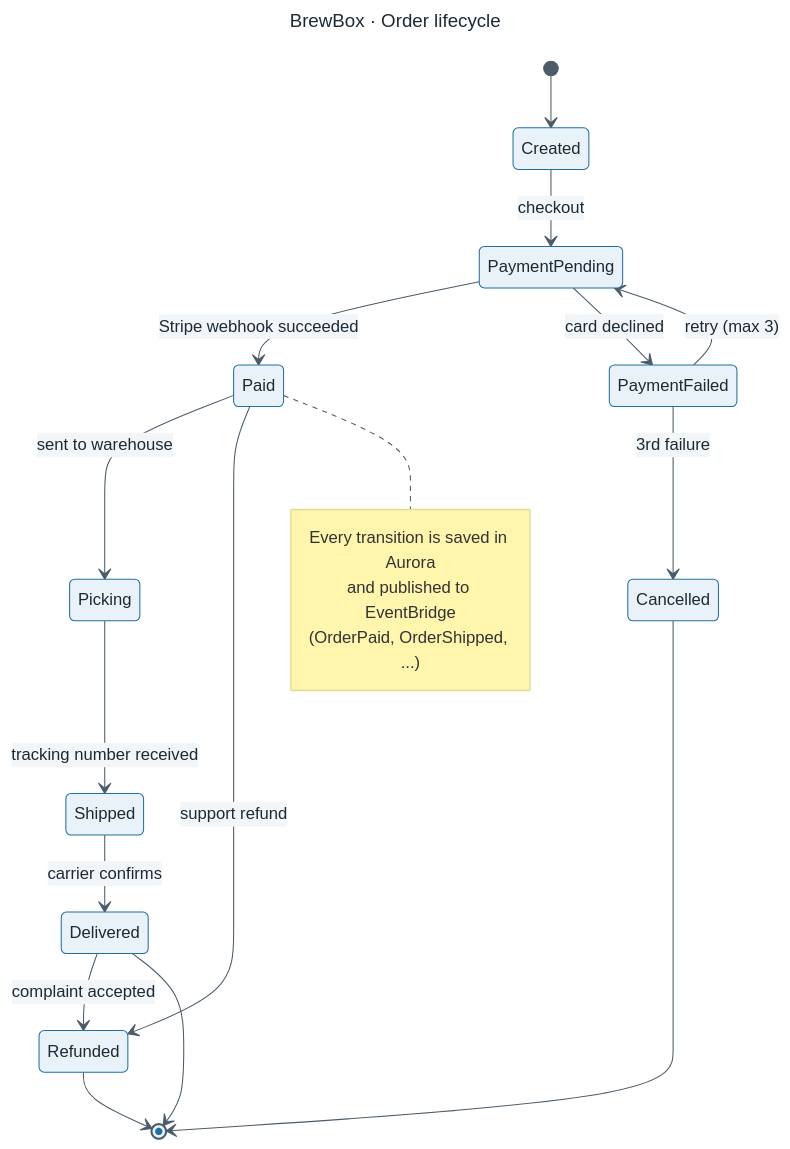
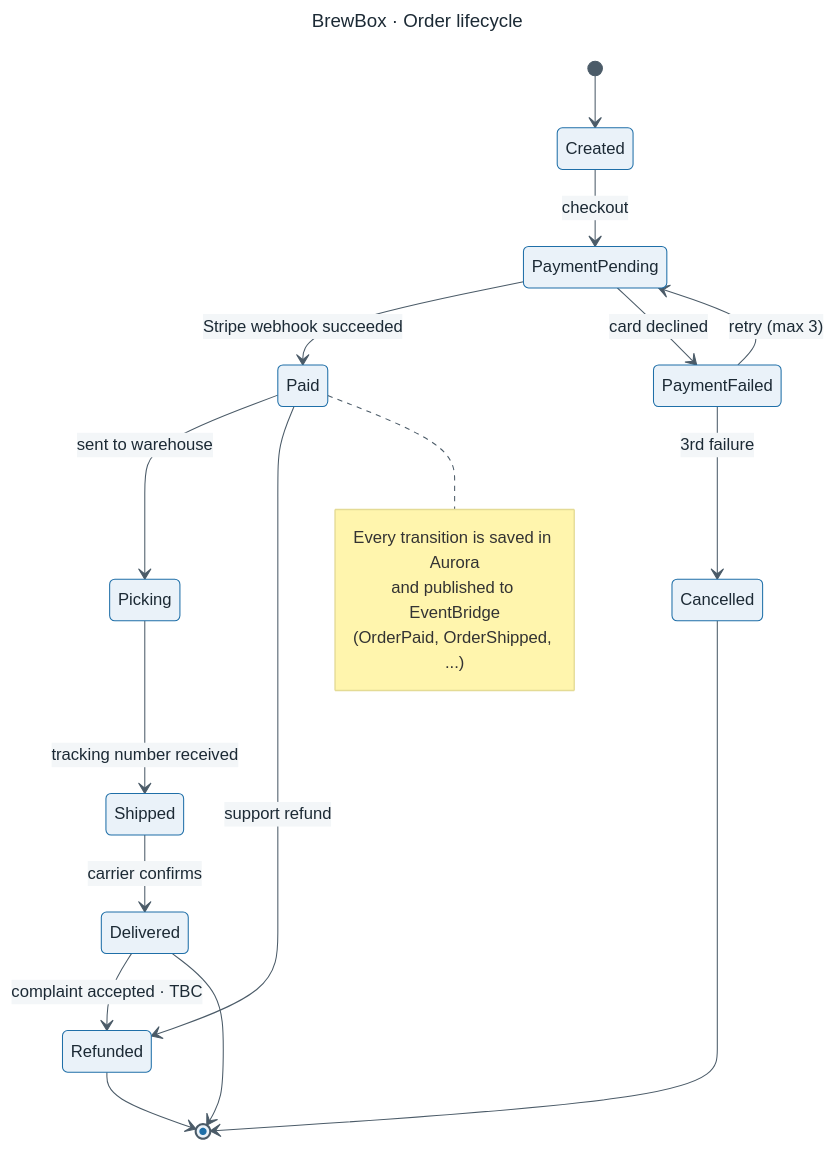
The diagram in examples/brewbox/diagrams/state--brewbox--order.mmd (ihor-romanchuk/arch-diagram-kit), drawn with Mermaid before and after one commit. The commit also changed 23 other files, not shown here.

```diff
--- a/examples/brewbox/diagrams/state--brewbox--order.mmd
+++ b/examples/brewbox/diagrams/state--brewbox--order.mmd
@@ -1,43 +1,43 @@
 ---
 title: BrewBox · Order lifecycle
 config:
   theme: base
   fontFamily: "Arial, Helvetica, sans-serif"
   themeVariables:
     fontFamily: "Arial, Helvetica, sans-serif"
     primaryColor: "#EAF2F9"
     primaryBorderColor: "#1F6FA8"
     primaryTextColor: "#1C2A35"
     lineColor: "#4B5B68"
     secondaryColor: "#F3F6F8"
     tertiaryColor: "#FFFFFF"
 ---
 %% id: STA-01
 %% type: state
 %% audience: tech
 %% status: Approved
 %% owner: Solutions architect
 %% approved-by: Lead engineer, 2026-11-04
 %% last-verified: 2026-11-04
 %% notes: Which order status transitions are allowed?
 stateDiagram-v2
   direction TB
   [*] --> Created
   Created --> PaymentPending: checkout
   PaymentPending --> Paid: Stripe webhook succeeded
   PaymentPending --> PaymentFailed: card declined
   PaymentFailed --> PaymentPending: retry (max 3)
   PaymentFailed --> Cancelled: 3rd failure
   Paid --> Picking: sent to warehouse
   Picking --> Shipped: tracking number received
   Shipped --> Delivered: carrier confirms
   Paid --> Refunded: support refund
-  Delivered --> Refunded: complaint accepted
+  Delivered --> Refunded: complaint accepted · TBC
   Delivered --> [*]
   Cancelled --> [*]
   Refunded --> [*]
   note right of Paid
     Every transition is saved in Aurora
     and published to EventBridge
     (OrderPaid, OrderShipped, ...)
   end note
```
